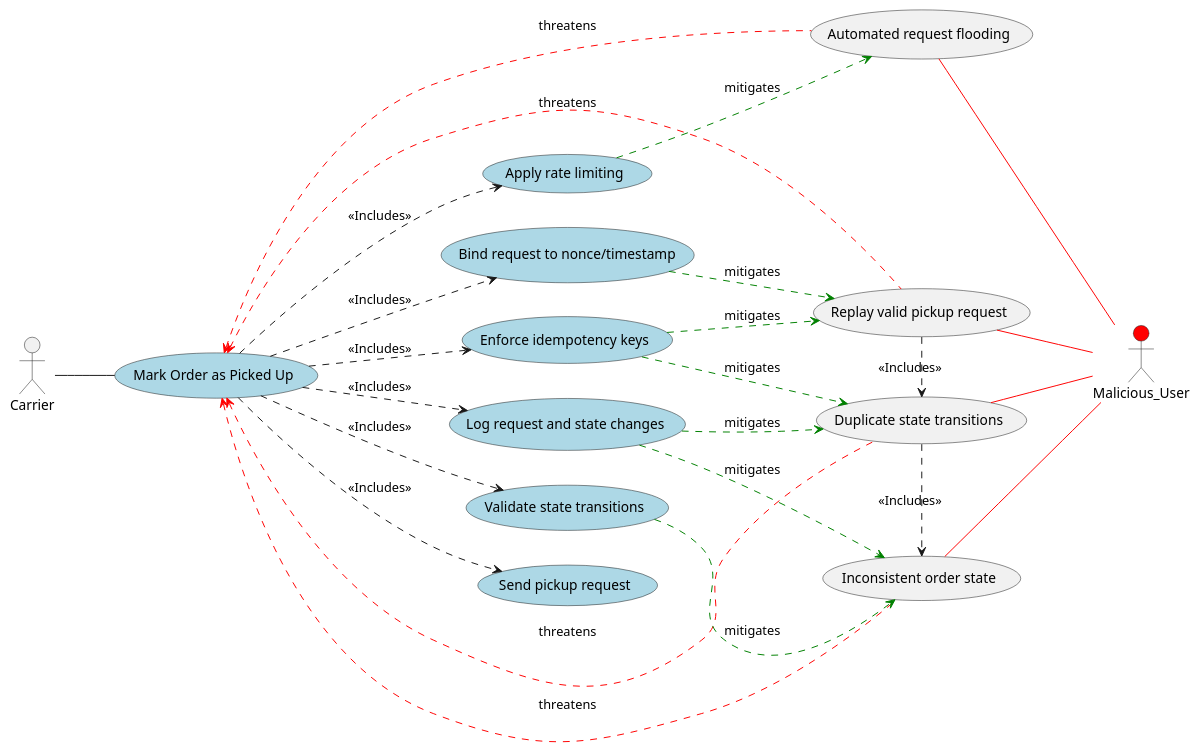
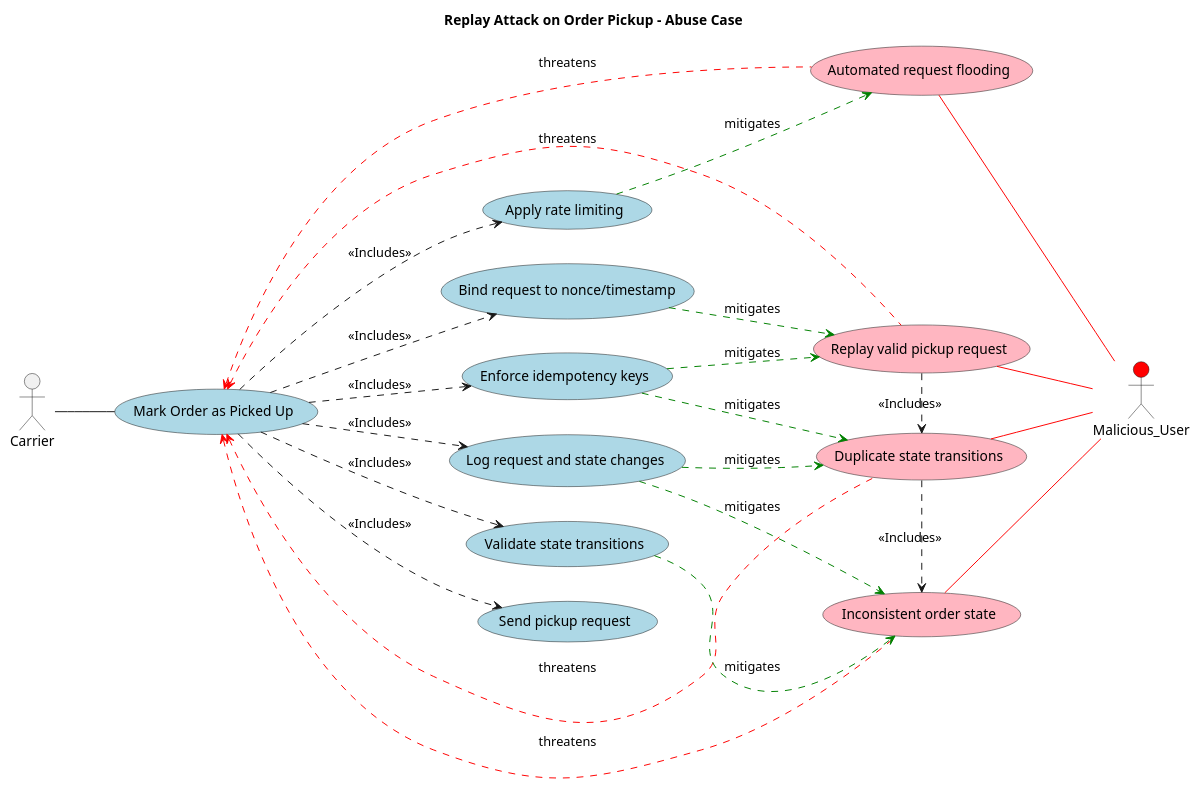
Before and after one commit to mei-desofs/desofs2026-thu_crr_1: the diagram in docs/abuse-cases/marco1250685/replay-pickup.puml, drawn with PlantUML. The commit also changed 1 other file, not shown here.

Commit message:
docs: improve abuse cases (#59)

```diff
--- a/docs/abuse-cases/marco1250685/replay-pickup.puml
+++ b/docs/abuse-cases/marco1250685/replay-pickup.puml
@@ -1,60 +1,67 @@
 @startuml Replay_Attack_Order_Pickup
 
 left to right direction
 
-together{
-actor Carrier
+title Replay Attack on Order Pickup - Abuse Case
+
+together {
+    actor Carrier
 }
 
-together{
+together {
     (Mark Order as Picked Up) as A1 #LightBlue
     (Send pickup request) as A2 #LightBlue
     (Enforce idempotency keys) as A3 #LightBlue
     (Validate state transitions) as A4 #LightBlue
     (Apply rate limiting) as A5 #LightBlue
     (Log request and state changes) as A6 #LightBlue
     (Bind request to nonce/timestamp) as A7 #LightBlue
 }
 
-together{
-    (Replay valid pickup request) as AT1
-    (Duplicate state transitions) as AT2
-    (Inconsistent order state) as AT3
-    (Automated request flooding) as AT4
+together {
+    (Replay valid pickup request) as AT1 #LightPink
+    (Duplicate state transitions) as AT2 #LightPink
+    (Inconsistent order state) as AT3 #LightPink
+    (Automated request flooding) as AT4 #LightPink
 }
 
-together{
-actor Malicious_User #red
+together {
+    actor Malicious_User #red
 }
 
+' === Legitimate flow ===
 Carrier -- A1
 
+A1 ..> A2 : <<Includes>>
+A1 .> A3  : <<Includes>>
+A1 .> A4  : <<Includes>>
+A1 .> A5  : <<Includes>>
+A1 .> A6  : <<Includes>>
+A1 .> A7  : <<Includes>>
+
+' === Threats from Malicious User ===
 Malicious_User -up[#red]- AT1
 Malicious_User -up[#red]- AT2
 Malicious_User -up[#red]- AT3
 Malicious_User -up[#red]- AT4
 
-AT1 .right.> AT2 : <<Includes>>
-AT2 .right.> AT3 : <<Includes>>
-
+' === Threatens relationships ===
 AT1 -[#red,dashed]up--> A1 : threatens
 AT2 -[#red,dashed]up--> A1 : threatens
 AT3 -[#red,dashed]up--> A1 : threatens
 AT4 -[#red,dashed]up--> A1 : threatens
 
+' === Logical includes chain between threats (kept because it is correct here) ===
+AT1 .right.> AT2 : <<Includes>>
+AT2 .right.> AT3 : <<Includes>>
+
+' === Mitigates relationships (unchanged - they were already correct) ===
 A3 -[#green,dashed]-> AT1 : mitigates
 A3 -[#green,dashed]-> AT2 : mitigates
 A4 -[#green,dashed]-> AT3 : mitigates
 A5 -[#green,dashed]-> AT4 : mitigates
 A6 -[#green,dashed]-> AT2 : mitigates
 A6 -[#green,dashed]-> AT3 : mitigates
 A7 -[#green,dashed]-> AT1 : mitigates
 
-A1 ..> A2 : <<Includes>>
-A1 .> A3 : <<Includes>>
-A1 .> A4 : <<Includes>>
-A1 .> A5 : <<Includes>>
-A1 .> A6 : <<Includes>>
-A1 .> A7 : <<Includes>>
-
 @enduml
```
